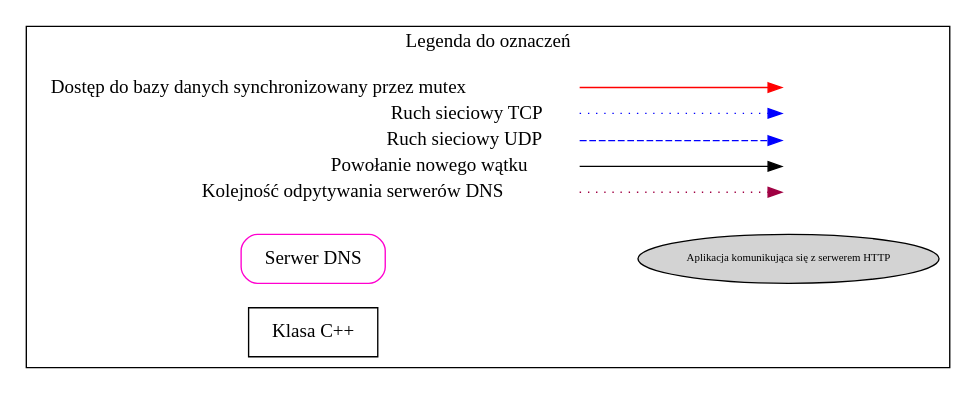
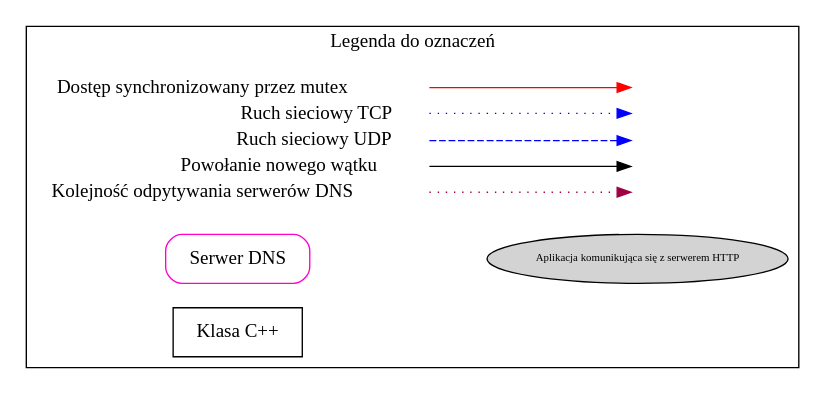
Before and after one commit to Aerial94/TIN: the diagram in doc/legend.dot, drawn with Graphviz. The commit also changed 2 other files, not shown here.

```diff
--- a/doc/legend.dot
+++ b/doc/legend.dot
@@ -1,47 +1,46 @@
 digraph {
   rankdir=LR
   node [shape=plaintext]
   subgraph cluster_01 {
     label = "Legenda do oznaczeń";
     key [label=<<table border="0" cellpadding="2" cellspacing="0" cellborder="0">
-      <tr><td align="right" port="i1">Dostęp do bazy danych synchronizowany przez mutex</td></tr>
+      <tr><td align="right" port="i1">Dostęp synchronizowany przez mutex</td></tr>
       <tr><td align="right" port="i2">Ruch sieciowy TCP</td></tr>
       <tr><td align="right" port="i3">Ruch sieciowy UDP</td></tr>
       <tr><td align="right" port="i4">Powołanie nowego wątku</td></tr>
       <tr><td align="right" port="i5">Kolejność odpytywania serwerów DNS</td></tr>
       </table>>]
     key2 [label=<<table border="0" cellpadding="2" cellspacing="0" cellborder="0">
       <tr><td port="i1">&nbsp;</td></tr>
       <tr><td port="i2">&nbsp;</td></tr>
       <tr><td port="i3">&nbsp;</td></tr>
       <tr><td port="i4">&nbsp;</td></tr>
       <tr><td port="i5">&nbsp;</td></tr>
       </table>>]
     key:i1:e -> key2:i1:w [style="solid", color="red"]
     key:i2:e -> key2:i2:w [style = "dotted", color="blue"]
     key:i3:e -> key2:i3:w [style = "dashed", color="blue"]
     key:i4:e -> key2:i4:w
     key:i5:e -> key2:i5:w [style="dotted" color="#A00043"]
 
     server [
         label = "Serwer DNS"
         style="solid"
         color="#FF00CF"
         style = "rounded"
         shape = "box"
     ]
     class [
         label = "Klasa C++"
         shape = "box"
     ]
     client [
         label = "Aplikacja komunikująca się z serwerem HTTP"
         shape = "ellipse"
         fontsize = 8
         width=0.2
         style=filled
     ]
     server -> client [style=invis]
-
   }
 }
```
